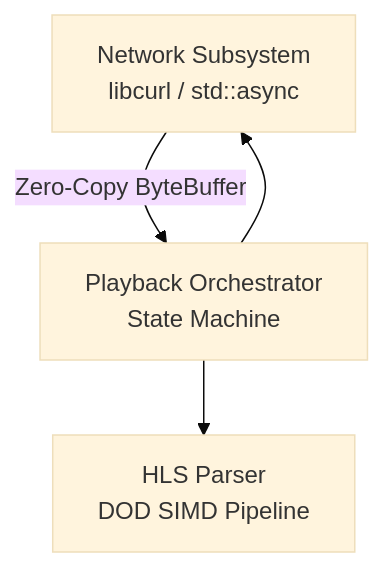
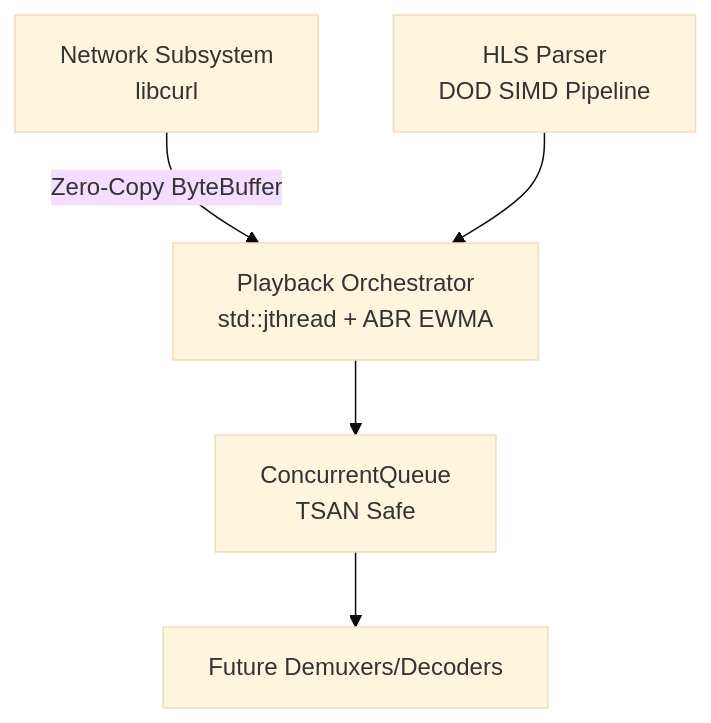
One commit to DjSurgeon/VSMN-Player changed the diagram in README.md. Above: the diagram before and after it, drawn with Mermaid (base theme). The commit also changed other lines of this file and 24 other files, not shown here.

````diff
--- a/README.md
+++ b/README.md
@@ -38,6 +38,7 @@
 ```mermaid
 graph TD;
-    Network[Network Subsystem <br> libcurl / std::async] -->|Zero-Copy ByteBuffer| Orchestrator
-    Orchestrator[Playback Orchestrator <br> State Machine] --> Network
-    Orchestrator --> Parser[HLS Parser <br> DOD SIMD Pipeline]
+    Network[Network Subsystem <br> libcurl] -->|Zero-Copy ByteBuffer| Orchestrator
+    Parser[HLS Parser <br> DOD SIMD Pipeline] --> Orchestrator
+    Orchestrator[Playback Orchestrator <br> std::jthread + ABR EWMA] --> Queue[ConcurrentQueue <br> TSAN Safe]
+    Queue --> Decoders[Future Demuxers/Decoders]
 ```
````
